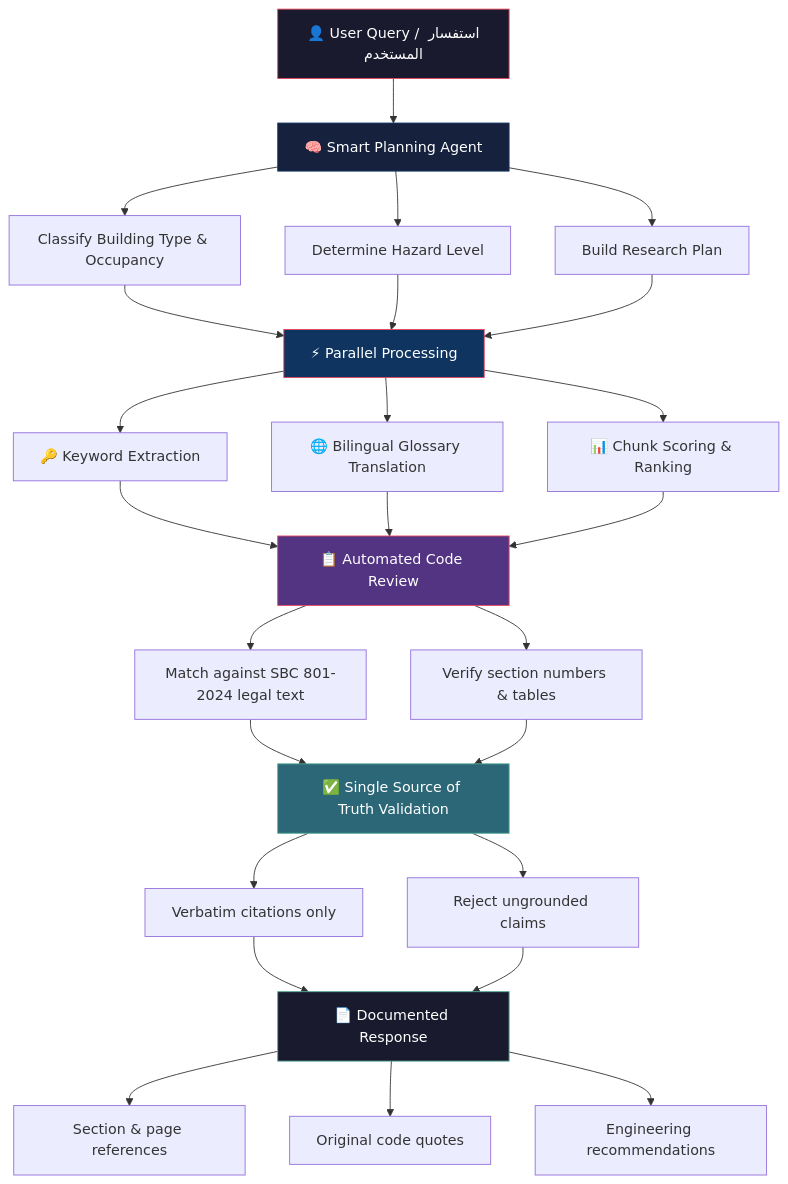
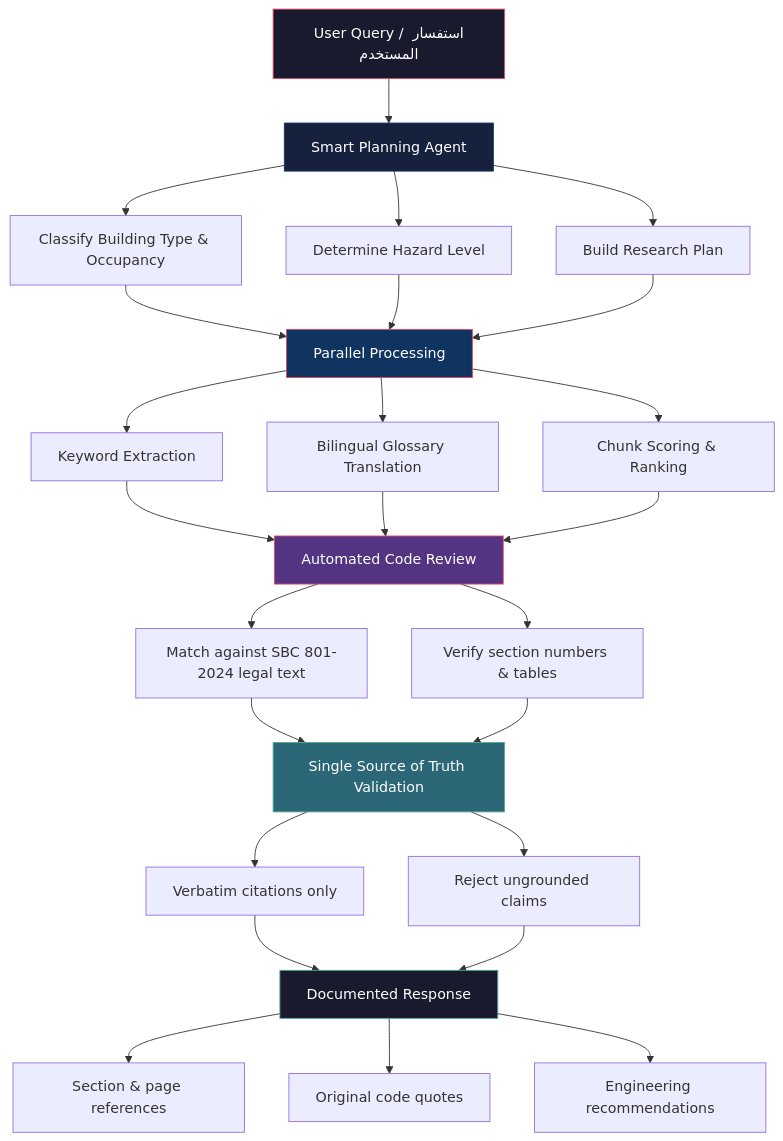
The diagram in README.md (waseemnjajreh20-web/consultx), drawn with Mermaid before and after one commit. The commit also changed other lines of this file, not shown here.

````diff
--- a/README.md
+++ b/README.md
@@ -72,33 +72,33 @@
 ```mermaid
 graph TD
-    A[ 👤 User Query / استفسار المستخدم ] --> B[🧠 Smart Planning Agent]
+    A[  User Query / استفسار المستخدم ] --> B[ Smart Planning Agent]
     B --> B1[Classify Building Type & Occupancy]
     B --> B2[Determine Hazard Level]
     B --> B3[Build Research Plan]
 
-    B1 & B2 & B3 --> C[⚡ Parallel Processing]
+    B1 & B2 & B3 --> C[Parallel Processing]
 
-    C --> C1[🔑 Keyword Extraction]
-    C --> C2[🌐 Bilingual Glossary Translation]
-    C --> C3[📊 Chunk Scoring & Ranking]
+    C --> C1[ Keyword Extraction]
+    C --> C2[ Bilingual Glossary Translation]
+    C --> C3[ Chunk Scoring & Ranking]
 
-    C1 & C2 & C3 --> D[📋 Automated Code Review]
+    C1 & C2 & C3 --> D[ Automated Code Review]
     D --> D1[Match against SBC 801-2024 legal text]
     D --> D2[Verify section numbers & tables]
 
-    D1 & D2 --> E[✅ Single Source of Truth Validation]
+    D1 & D2 --> E[ Single Source of Truth Validation]
     E --> E1[Verbatim citations only]
     E --> E2[Reject ungrounded claims]
 
-    E1 & E2 --> F[📄 Documented Response]
+    E1 & E2 --> F[ Documented Response]
     F --> F1[Section & page references]
     F --> F2[Original code quotes]
     F --> F3[Engineering recommendations]
 
     style A fill:#1a1a2e,stroke:#e94560,color:#fff
     style B fill:#16213e,stroke:#0f3460,color:#fff
     style C fill:#0f3460,stroke:#e94560,color:#fff
     style D fill:#533483,stroke:#e94560,color:#fff
     style E fill:#2b6777,stroke:#52ab98,color:#fff
     style F fill:#1a1a2e,stroke:#52ab98,color:#fff
 ```
````
